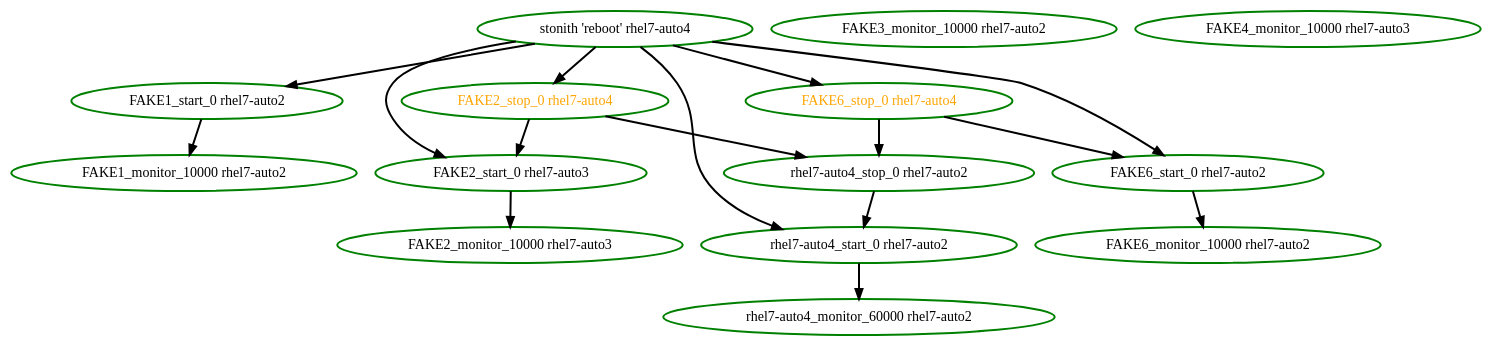
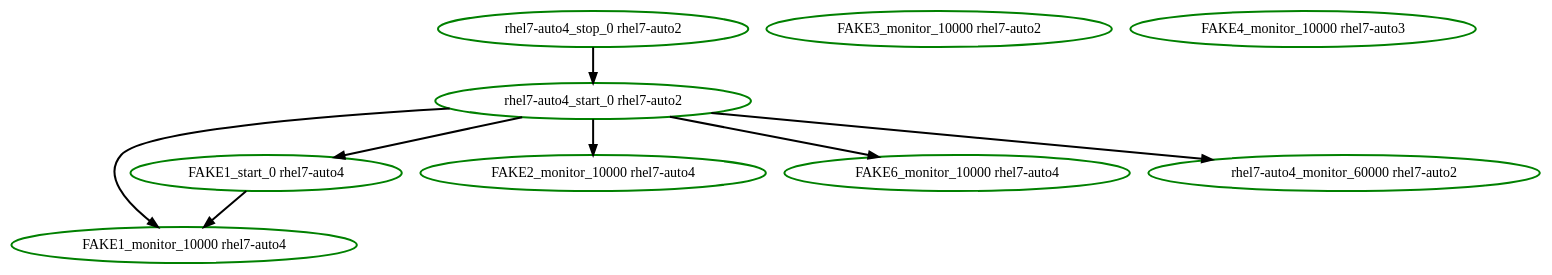
The diagram in cts/scheduler/dot/remote-recover-fail.dot (ClusterLabs/pacemaker), drawn with Graphviz before and after one commit. The commit also changed 21 other files, not shown here.

```diff
--- a/cts/scheduler/dot/remote-recover-fail.dot
+++ b/cts/scheduler/dot/remote-recover-fail.dot
@@ -1,31 +1,18 @@
  digraph "g" {
-"FAKE1_monitor_10000 rhel7-auto2" [ style=bold color="green" fontcolor="black"]
-"FAKE1_start_0 rhel7-auto2" -> "FAKE1_monitor_10000 rhel7-auto2" [ style = bold]
-"FAKE1_start_0 rhel7-auto2" [ style=bold color="green" fontcolor="black"]
-"FAKE2_monitor_10000 rhel7-auto3" [ style=bold color="green" fontcolor="black"]
-"FAKE2_start_0 rhel7-auto3" -> "FAKE2_monitor_10000 rhel7-auto3" [ style = bold]
-"FAKE2_start_0 rhel7-auto3" [ style=bold color="green" fontcolor="black"]
-"FAKE2_stop_0 rhel7-auto4" -> "FAKE2_start_0 rhel7-auto3" [ style = bold]
-"FAKE2_stop_0 rhel7-auto4" -> "rhel7-auto4_stop_0 rhel7-auto2" [ style = bold]
-"FAKE2_stop_0 rhel7-auto4" [ style=bold color="green" fontcolor="orange"]
+"FAKE1_monitor_10000 rhel7-auto4" [ style=bold color="green" fontcolor="black"]
+"FAKE1_start_0 rhel7-auto4" -> "FAKE1_monitor_10000 rhel7-auto4" [ style = bold]
+"FAKE1_start_0 rhel7-auto4" [ style=bold color="green" fontcolor="black"]
+"FAKE2_monitor_10000 rhel7-auto4" [ style=bold color="green" fontcolor="black"]
 "FAKE3_monitor_10000 rhel7-auto2" [ style=bold color="green" fontcolor="black"]
 "FAKE4_monitor_10000 rhel7-auto3" [ style=bold color="green" fontcolor="black"]
-"FAKE6_monitor_10000 rhel7-auto2" [ style=bold color="green" fontcolor="black"]
-"FAKE6_start_0 rhel7-auto2" -> "FAKE6_monitor_10000 rhel7-auto2" [ style = bold]
-"FAKE6_start_0 rhel7-auto2" [ style=bold color="green" fontcolor="black"]
-"FAKE6_stop_0 rhel7-auto4" -> "FAKE6_start_0 rhel7-auto2" [ style = bold]
-"FAKE6_stop_0 rhel7-auto4" -> "rhel7-auto4_stop_0 rhel7-auto2" [ style = bold]
-"FAKE6_stop_0 rhel7-auto4" [ style=bold color="green" fontcolor="orange"]
+"FAKE6_monitor_10000 rhel7-auto4" [ style=bold color="green" fontcolor="black"]
 "rhel7-auto4_monitor_60000 rhel7-auto2" [ style=bold color="green" fontcolor="black"]
+"rhel7-auto4_start_0 rhel7-auto2" -> "FAKE1_monitor_10000 rhel7-auto4" [ style = bold]
+"rhel7-auto4_start_0 rhel7-auto2" -> "FAKE1_start_0 rhel7-auto4" [ style = bold]
+"rhel7-auto4_start_0 rhel7-auto2" -> "FAKE2_monitor_10000 rhel7-auto4" [ style = bold]
+"rhel7-auto4_start_0 rhel7-auto2" -> "FAKE6_monitor_10000 rhel7-auto4" [ style = bold]
 "rhel7-auto4_start_0 rhel7-auto2" -> "rhel7-auto4_monitor_60000 rhel7-auto2" [ style = bold]
 "rhel7-auto4_start_0 rhel7-auto2" [ style=bold color="green" fontcolor="black"]
 "rhel7-auto4_stop_0 rhel7-auto2" -> "rhel7-auto4_start_0 rhel7-auto2" [ style = bold]
 "rhel7-auto4_stop_0 rhel7-auto2" [ style=bold color="green" fontcolor="black"]
-"stonith 'reboot' rhel7-auto4" -> "FAKE1_start_0 rhel7-auto2" [ style = bold]
-"stonith 'reboot' rhel7-auto4" -> "FAKE2_start_0 rhel7-auto3" [ style = bold]
-"stonith 'reboot' rhel7-auto4" -> "FAKE2_stop_0 rhel7-auto4" [ style = bold]
-"stonith 'reboot' rhel7-auto4" -> "FAKE6_start_0 rhel7-auto2" [ style = bold]
-"stonith 'reboot' rhel7-auto4" -> "FAKE6_stop_0 rhel7-auto4" [ style = bold]
-"stonith 'reboot' rhel7-auto4" -> "rhel7-auto4_start_0 rhel7-auto2" [ style = bold]
-"stonith 'reboot' rhel7-auto4" [ style=bold color="green" fontcolor="black"]
 }
```
